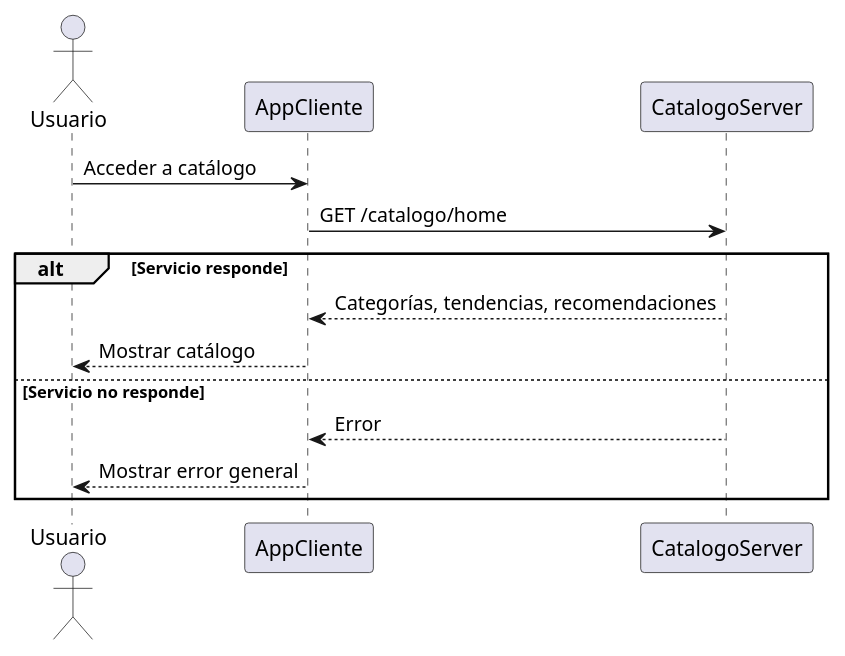
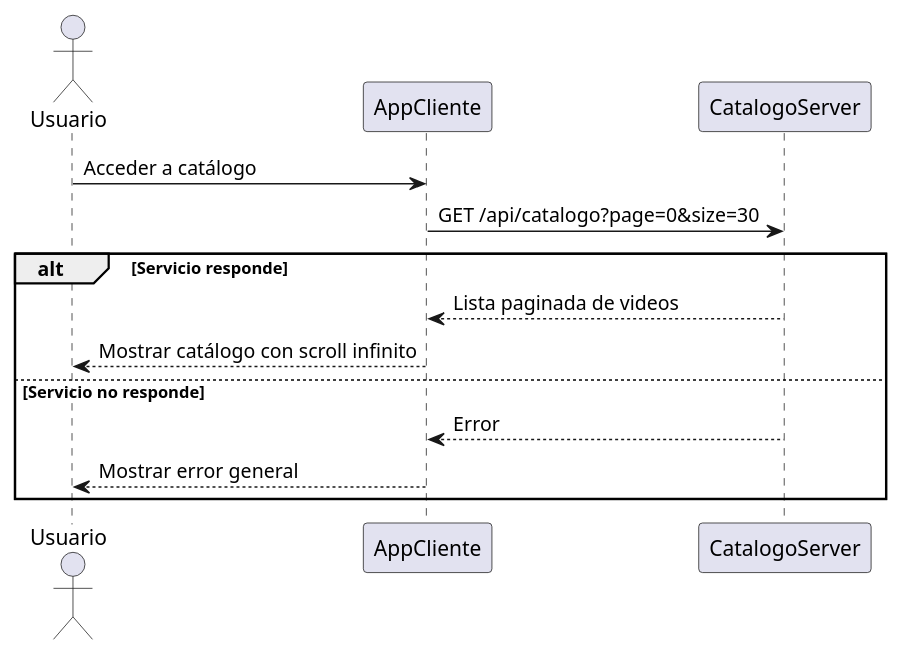
The second of 9 diagrams in docs/frontend/video_reproductor.md (ComfyPenguin/Bloste-Docs), drawn with PlantUML before and after one commit. The commit also changed other lines of this file and 1 other file, not shown here.

First line of the commit message:
Update video_reproductor.md to reflect blosteflix2 Flutter architecture (#2)

````diff
--- a/docs/frontend/video_reproductor.md
+++ b/docs/frontend/video_reproductor.md
@@ -64,18 +106,18 @@
 ```plantuml
 @startuml
 actor Usuario
 participant AppCliente
 participant CatalogoServer
 
 Usuario -> AppCliente : Acceder a catálogo
-AppCliente -> CatalogoServer : GET /catalogo/home
+AppCliente -> CatalogoServer : GET /api/catalogo?page=0&size=30
 alt Servicio responde
-    CatalogoServer --> AppCliente : Categorías, tendencias, recomendaciones
-    AppCliente --> Usuario : Mostrar catálogo
+    CatalogoServer --> AppCliente : Lista paginada de videos
+    AppCliente --> Usuario : Mostrar catálogo con scroll infinito
 else Servicio no responde
     CatalogoServer --> AppCliente : Error
     AppCliente --> Usuario : Mostrar error general
 end
 @enduml
 
 ```
````
